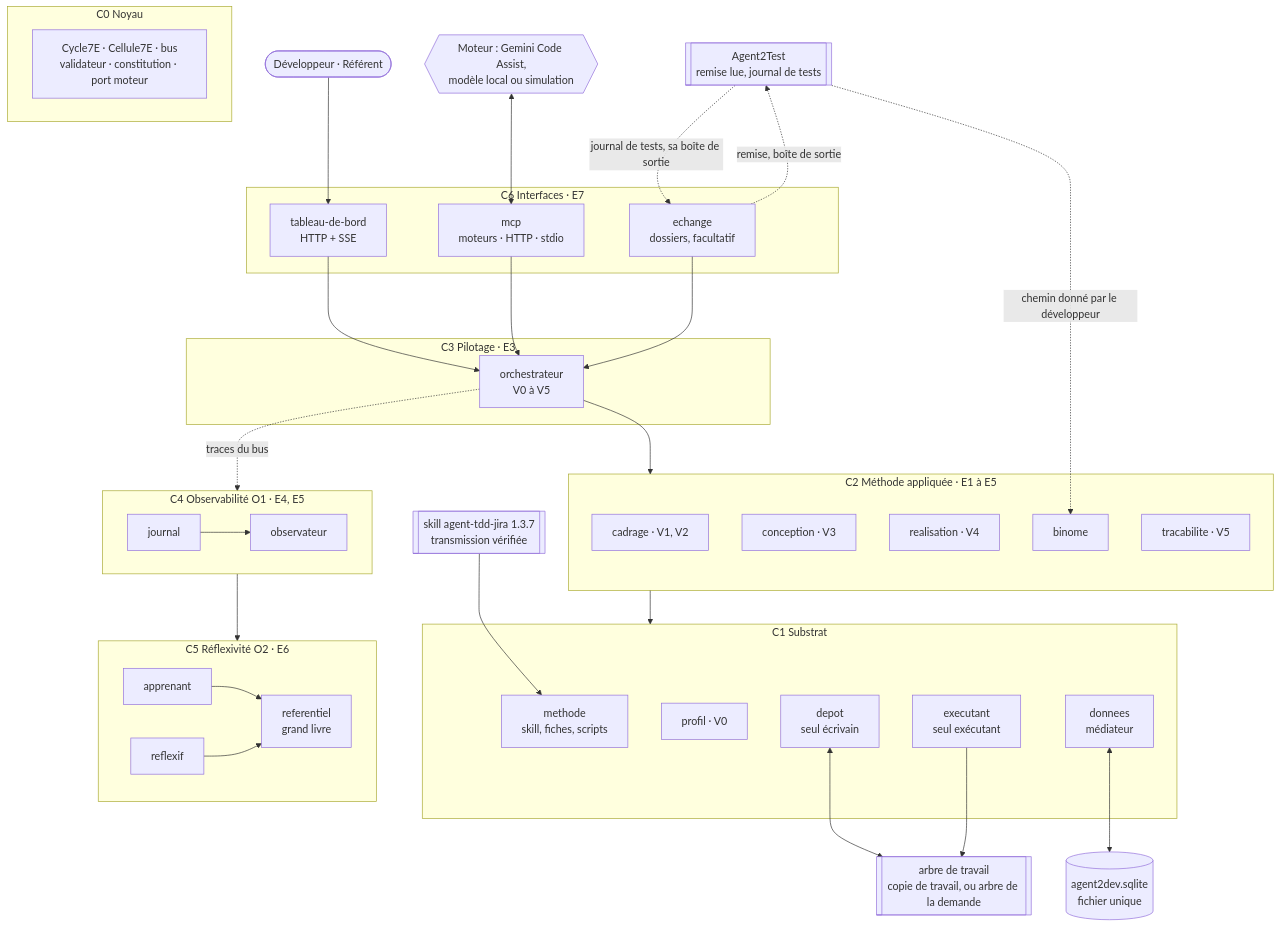
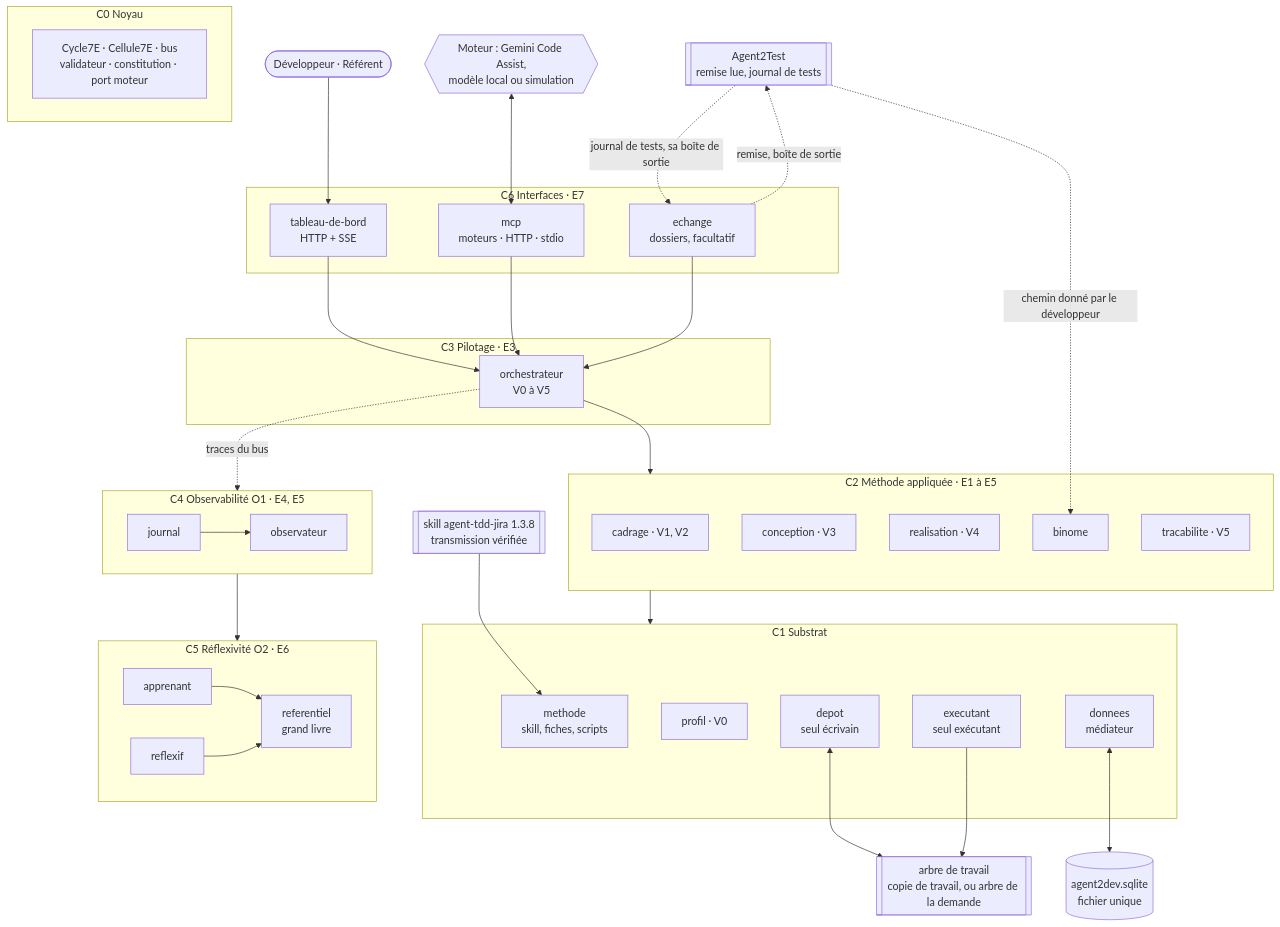
One commit to FredGarcia/Agent2Prompt changed the diagram in specs/agent2dev/SKILL.md. Above: the diagram before and after it, drawn with Mermaid. The commit also changed other lines of this file and 86 other files, not shown here.

First line of the commit message:
spec(socle-acceptable, agent2dev, agent2test, agent-tdd-jira, scenario-playwright, orchestrateur-c7e, generateur-skill-ticket): versions 1.1.0, 1.4.0, 1.6.0, 1.3.8, 1.6.5, 3.8.3 et 1.4.3, le contrat des kits

````diff
--- a/specs/agent2dev/SKILL.md
+++ b/specs/agent2dev/SKILL.md
@@ -72,57 +73,57 @@
 ```mermaid
 flowchart TB
   DEV(["Développeur · Référent"])
   GEM{{"Moteur : Gemini Code Assist,<br/>modèle local ou simulation"}}
-  SK[["skill agent-tdd-jira 1.3.7<br/>transmission vérifiée"]]
+  SK[["skill agent-tdd-jira 1.3.8<br/>transmission vérifiée"]]
   A2T[["Agent2Test<br/>remise lue, journal de tests"]]
   subgraph C6["C6 Interfaces · E7"]
     TDB["tableau-de-bord<br/>HTTP + SSE"]
     MCP["mcp<br/>moteurs · HTTP · stdio"]
     ECH["echange<br/>dossiers, facultatif"]
   end
   subgraph C3["C3 Pilotage · E3"]
     ORC["orchestrateur<br/>V0 à V5"]
   end
   subgraph C2["C2 Méthode appliquée · E1 à E5"]
     CAD["cadrage · V1, V2"]
     CON["conception · V3"]
     REA["realisation · V4"]
     BIN["binome"]
     TRA["tracabilite · V5"]
   end
   subgraph C1["C1 Substrat"]
     MET["methode<br/>skill, fiches, scripts"]
     PRO["profil · V0"]
     DEP["depot<br/>seul écrivain"]
     EXE["executant<br/>seul exécutant"]
     DON["donnees<br/>médiateur"]
   end
   subgraph C0["C0 Noyau"]
     K["Cycle7E · Cellule7E · bus<br/>validateur · constitution · port moteur"]
   end
   subgraph C4["C4 Observabilité O1 · E4, E5"]
     JRN["journal"] --> OBS["observateur"]
   end
   subgraph C5["C5 Réflexivité O2 · E6"]
     APP["apprenant"] --> REF["referentiel<br/>grand livre"]
     RFX["reflexif"] --> REF
   end
   PROJ[["arbre de travail<br/>copie de travail, ou arbre de la demande"]]
   BDD[("agent2dev.sqlite<br/>fichier unique")]
   DEV --> TDB
   GEM <--> MCP
   TDB --> ORC
   MCP --> ORC
   ECH --> ORC
   ORC --> C2
   C2 --> C1
   SK --> MET
   A2T -.->|"chemin donné par le développeur"| BIN
   ECH -.->|"remise, boîte de sortie"| A2T
   A2T -.->|"journal de tests, sa boîte de sortie"| ECH
   DEP <--> PROJ
   EXE --> PROJ
   DON <--> BDD
   ORC -.->|"traces du bus"| C4
   C4 --> C5
 ```
````
